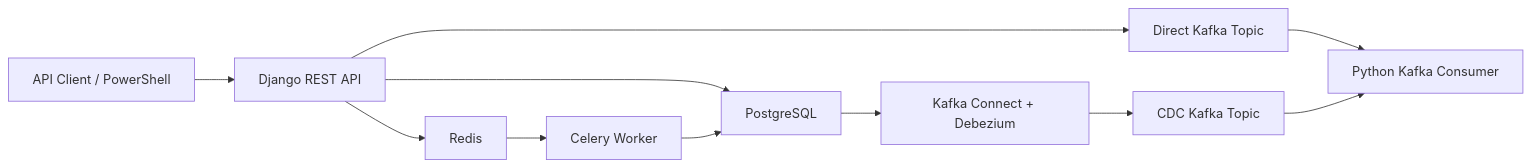
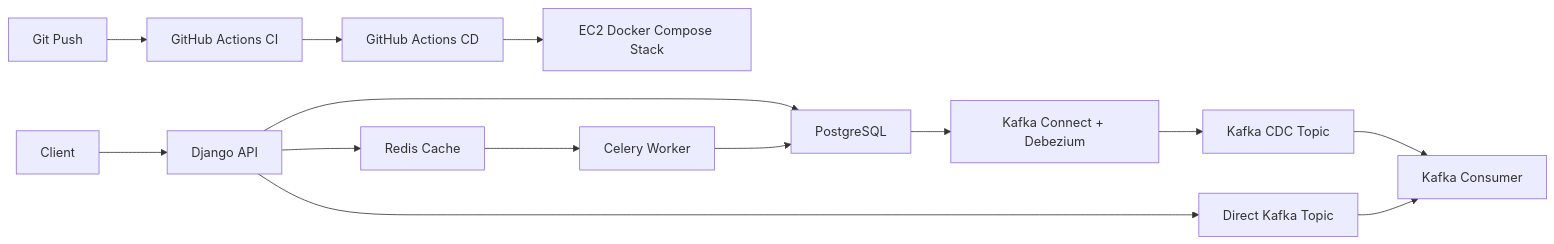
One commit to vipulkumarpandey111/Retail_Management changed the diagram in docs/project-explainer.md. Above: the diagram before and after it, drawn with Mermaid. The commit also changed other lines of this file and 3 other files, not shown here.

````diff
--- a/docs/project-explainer.md
+++ b/docs/project-explainer.md
@@ -27,13 +118,16 @@
 ```mermaid
 flowchart LR
-    Client["API Client / PowerShell"] --> API["Django REST API"]
+    Client["Client"] --> API["Django API"]
     API --> PG["PostgreSQL"]
-    API --> Redis["Redis"]
+    API --> Redis["Redis Cache"]
     API --> DirectKafka["Direct Kafka Topic"]
     Redis --> Celery["Celery Worker"]
     Celery --> PG
     PG --> Debezium["Kafka Connect + Debezium"]
-    Debezium --> CDCKafka["CDC Kafka Topic"]
-    DirectKafka --> Consumer["Python Kafka Consumer"]
-    CDCKafka --> Consumer
+    Debezium --> CDCTopic["Kafka CDC Topic"]
+    DirectKafka --> Consumer["Kafka Consumer"]
+    CDCTopic --> Consumer
+    Dev["Git Push"] --> CI["GitHub Actions CI"]
+    CI --> CD["GitHub Actions CD"]
+    CD --> EC2["EC2 Docker Compose Stack"]
 ```
````
